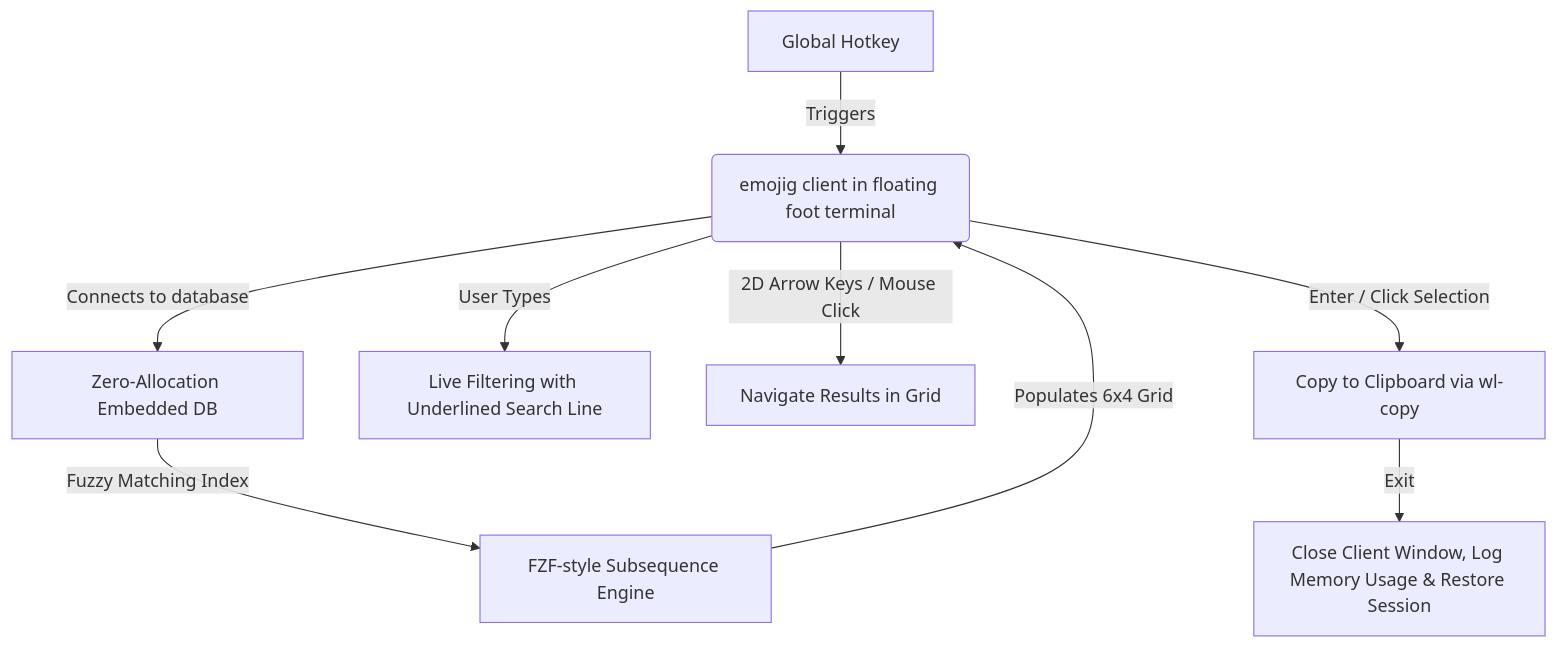
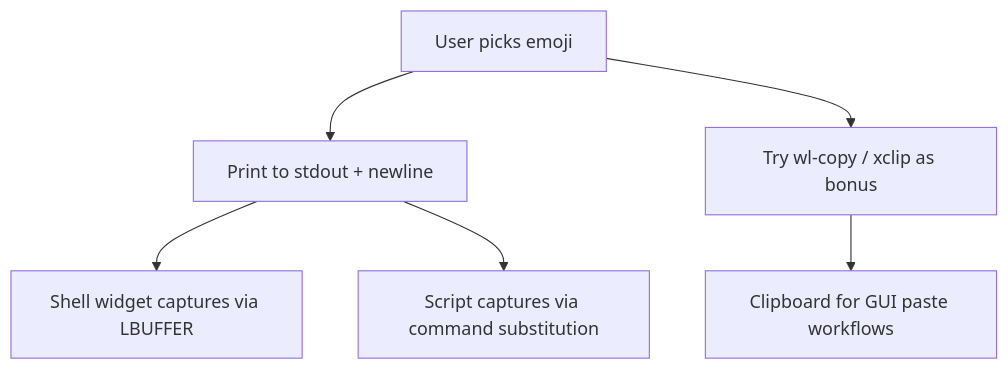
The diagram in docs/PLAN.md (ubunatic/emojig), drawn with Mermaid before and after one commit. The commit also changed other lines of this file and 3 other files, not shown here.

````diff
--- a/docs/PLAN.md
+++ b/docs/PLAN.md
@@ -11,11 +26,8 @@
 ```mermaid
 graph TD
-    A[Global Hotkey] -->|Triggers| B(emojig client in floating foot terminal)
-    B -->|Connects to database| C[Zero-Allocation Embedded DB]
-    C -->|Fuzzy Matching Index| D[FZF-style Subsequence Engine]
-    D -->|Populates 6x4 Grid| B
-    B -->|User Types| H[Live Filtering with Underlined Search Line]
-    B -->|2D Arrow Keys / Mouse Click| I[Navigate Results in Grid]
-    B -->|Enter / Click Selection| F[Copy to Clipboard via wl-copy]
-    F -->|Exit| G[Close Client Window, Log Memory Usage & Restore Session]
+    A[User picks emoji] --> B[Print to stdout + newline]
+    A --> C[Try wl-copy / xclip as bonus]
+    B --> D[Shell widget captures via LBUFFER]
+    B --> E[Script captures via command substitution]
+    C --> F[Clipboard for GUI paste workflows]
 ```
````
